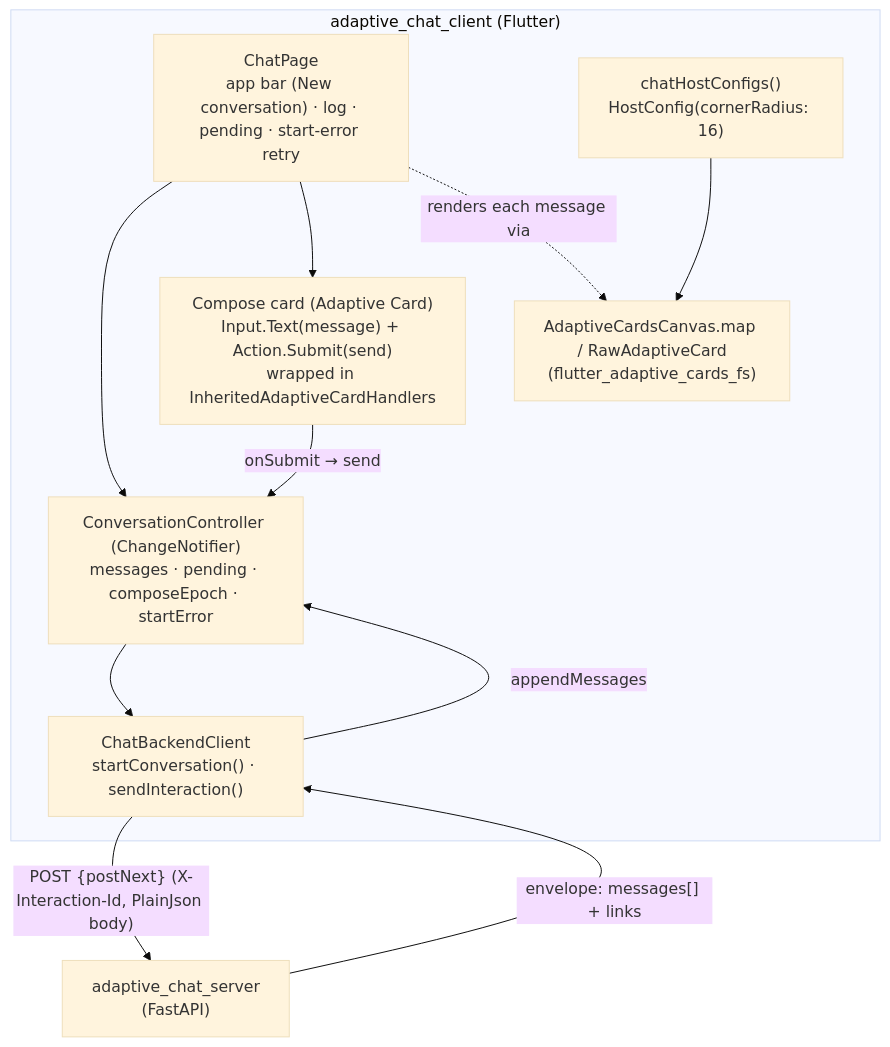
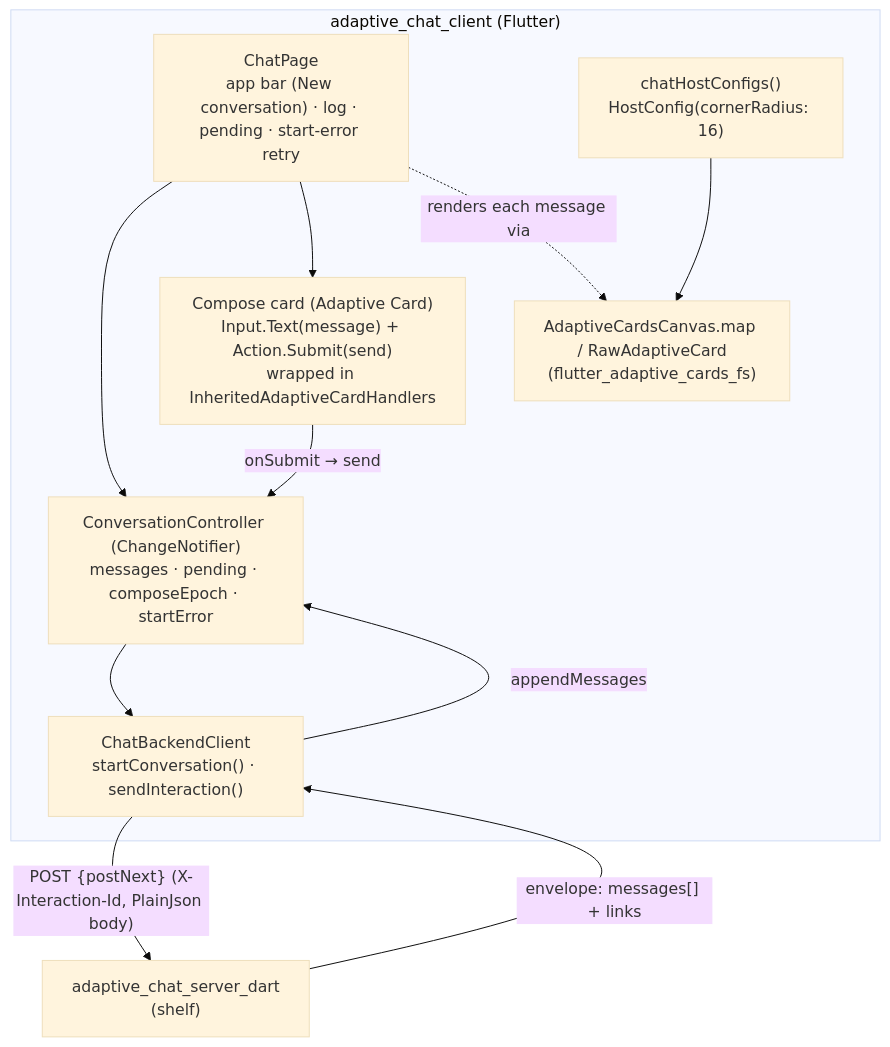
One commit to freemansoft/Flutter-AdaptiveCards changed the first of 2 diagrams in adaptive_chat_client/README.md. Above: the diagram before and after it, drawn with Mermaid (base theme). The commit also changed other lines of this file and 50 other files, not shown here.

First line of the commit message:
Remove Python adaptive_chat_server, keep only the Dart port

````diff
--- a/adaptive_chat_client/README.md
+++ b/adaptive_chat_client/README.md
@@ -31,19 +31,19 @@
 ```mermaid
 flowchart TB
   subgraph app["adaptive_chat_client (Flutter)"]
     CP["ChatPage\napp bar (New conversation) · log · pending · start-error retry"]
     CC["ConversationController (ChangeNotifier)\nmessages · pending · composeEpoch · startError"]
     COMP["Compose card (Adaptive Card)\nInput.Text(message) + Action.Submit(send)\nwrapped in InheritedAdaptiveCardHandlers"]
     CBC["ChatBackendClient\nstartConversation() · sendInteraction()"]
     HC["chatHostConfigs()\nHostConfig(cornerRadius: 16)"]
     CP --> CC
     CP --> COMP
     COMP -->|onSubmit → send| CC
     CC --> CBC
     CP -. renders each message via .-> ADAPTIVE["AdaptiveCardsCanvas.map / RawAdaptiveCard\n(flutter_adaptive_cards_fs)"]
     HC --> ADAPTIVE
   end
-  CBC -->|"POST {postNext} (X-Interaction-Id, PlainJson body)"| SRV["adaptive_chat_server\n(FastAPI)"]
+  CBC -->|"POST {postNext} (X-Interaction-Id, PlainJson body)"| SRV["adaptive_chat_server_dart\n(shelf)"]
   SRV -->|"envelope: messages[] + links"| CBC
   CBC -->|appendMessages| CC
 ```
````
